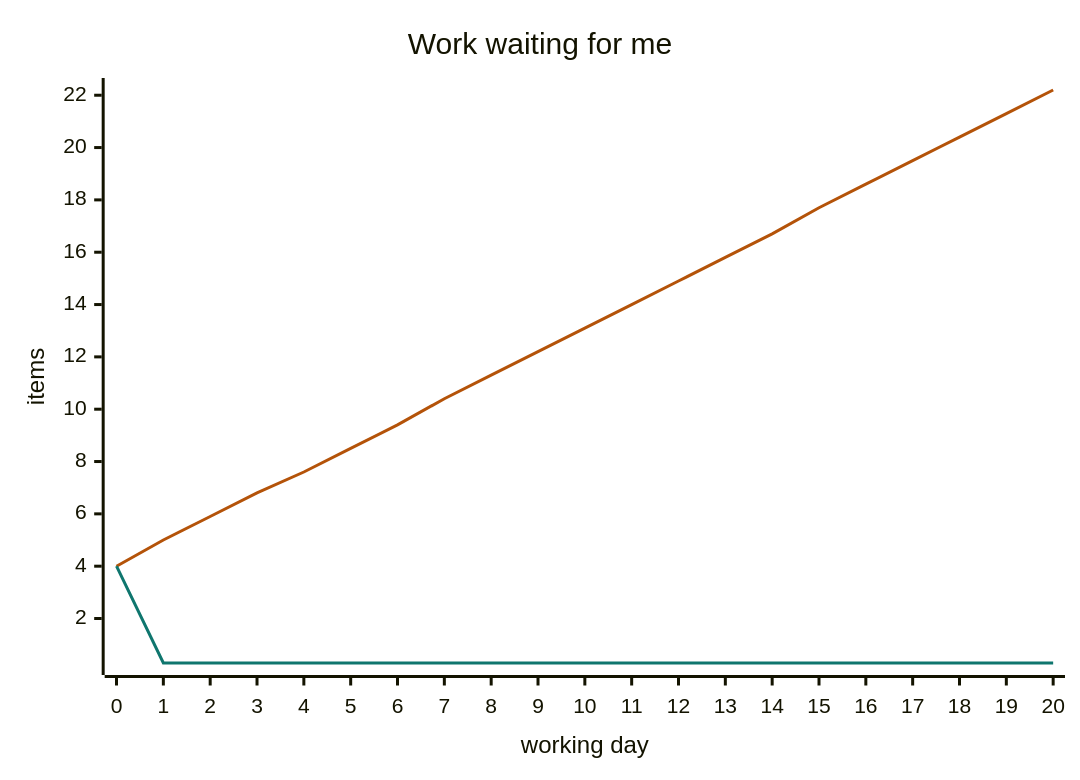
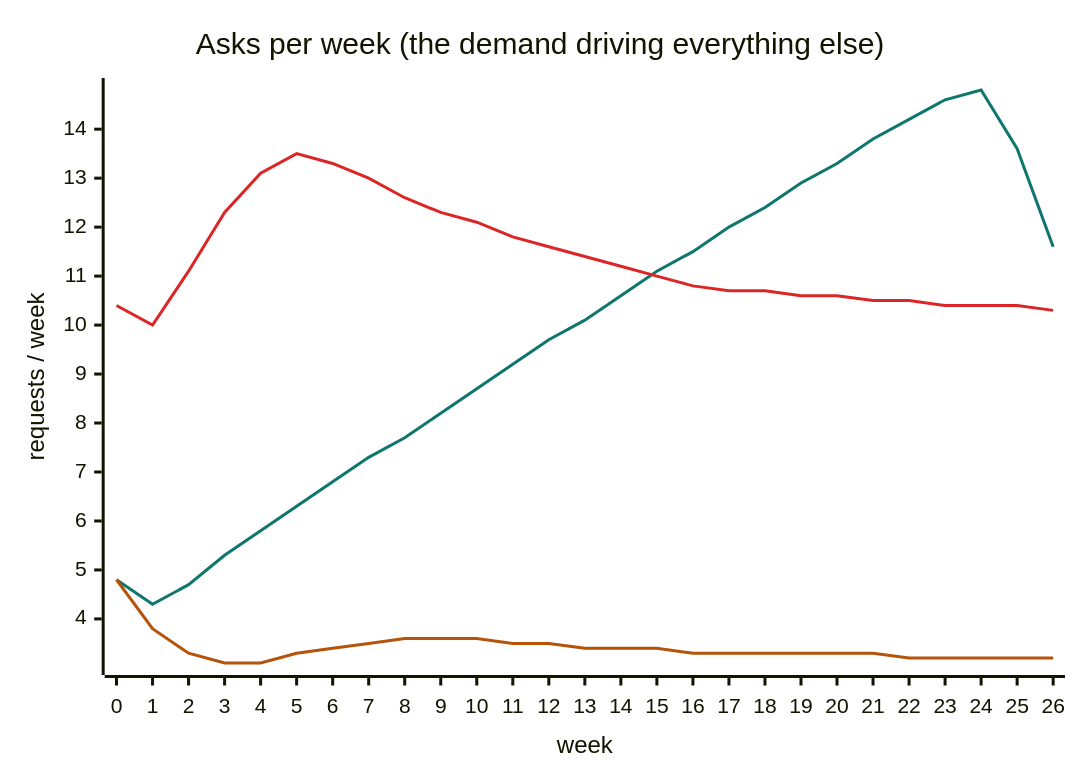
Before and after one commit to danroblewis/orchestra: the first of 38 diagrams in docs/user-story-diagrams.md, drawn with Mermaid. The commit also changed other lines of this file and 30 other files, not shown here.

````diff
--- a/docs/user-story-diagrams.md
+++ b/docs/user-story-diagrams.md
@@ -31,14 +70,15 @@
 ```mermaid
 ---
 config:
   themeVariables:
     xyChart:
-      plotColorPalette: "#b45309, #0f766e"
+      plotColorPalette: "#0f766e, #b45309, #dc2626"
 ---
 xychart-beta
-  title "Work waiting for me"
-  x-axis "working day" [0, 1, 2, 3, 4, 5, 6, 7, 8, 9, 10, 11, 12, 13, 14, 15, 16, 17, 18, 19, 20]
-  y-axis "items"
-  line [4.0, 5.0, 5.9, 6.8, 7.6, 8.5, 9.4, 10.4, 11.3, 12.2, 13.1, 14.0, 14.9, 15.8, 16.7, 17.7, 18.6, 19.5, 20.4, 21.3, 22.2]
-  line [4.0, 0.3, 0.3, 0.3, 0.3, 0.3, 0.3, 0.3, 0.3, 0.3, 0.3, 0.3, 0.3, 0.3, 0.3, 0.3, 0.3, 0.3, 0.3, 0.3, 0.3]
+  title "Asks per week (the demand driving everything else)"
+  x-axis "week" [0, 1, 2, 3, 4, 5, 6, 7, 8, 9, 10, 11, 12, 13, 14, 15, 16, 17, 18, 19, 20, 21, 22, 23, 24, 25, 26]
+  y-axis "requests / week"
+  line [4.8, 4.3, 4.7, 5.3, 5.8, 6.3, 6.8, 7.3, 7.7, 8.2, 8.7, 9.2, 9.7, 10.1, 10.6, 11.1, 11.5, 12.0, 12.4, 12.9, 13.3, 13.8, 14.2, 14.6, 14.8, 13.6, 11.6]
+  line [4.8, 3.8, 3.3, 3.1, 3.1, 3.3, 3.4, 3.5, 3.6, 3.6, 3.6, 3.5, 3.5, 3.4, 3.4, 3.4, 3.3, 3.3, 3.3, 3.3, 3.3, 3.3, 3.2, 3.2, 3.2, 3.2, 3.2]
+  line [10.4, 10.0, 11.1, 12.3, 13.1, 13.5, 13.3, 13.0, 12.6, 12.3, 12.1, 11.8, 11.6, 11.4, 11.2, 11.0, 10.8, 10.7, 10.7, 10.6, 10.6, 10.5, 10.5, 10.4, 10.4, 10.4, 10.3]
 ```
````
